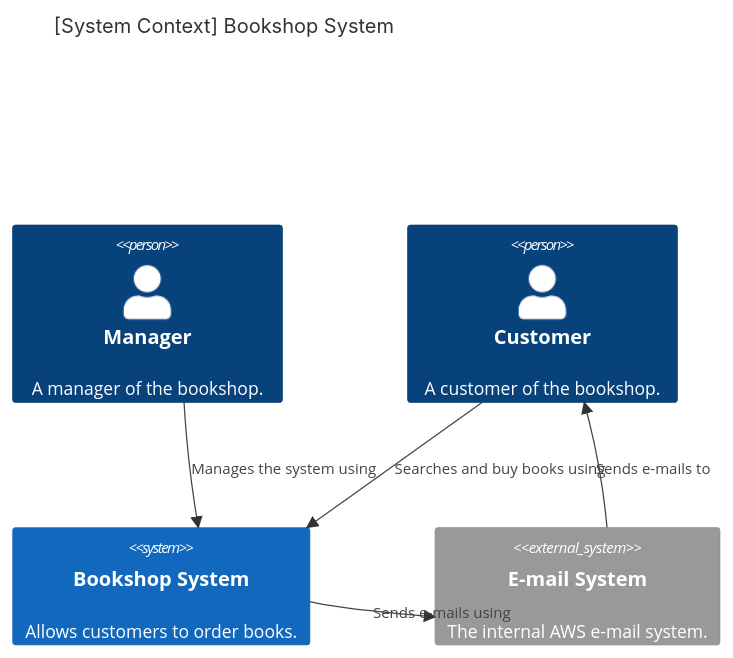
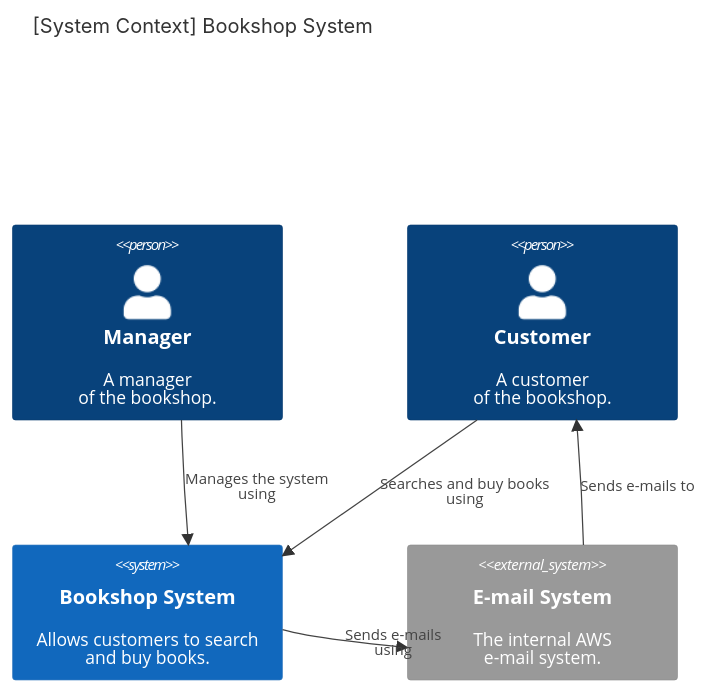
Before and after one commit to mikelgoig/php-microservice-example: the diagram in docs/architecture/architecture-diagrams.md, drawn with Mermaid. The commit also changed 19 other files, not shown here.

Commit message:
docs: rename and update bounded contexts and diagrams

````diff
--- a/docs/architecture/architecture-diagrams.md
+++ b/docs/architecture/architecture-diagrams.md
@@ -5,17 +5,13 @@
 ```mermaid
 C4Context
     title [System Context] Bookshop System
-    
-    Person(manager, "Manager", "A manager of the bookshop.")
-    Person(customer, "Customer", "A customer of the bookshop.")
-    
-    System(bookshopSystem, "Bookshop System", "Allows customers to order books.")
-    System_Ext(emailSystem, "E-mail System", "The internal AWS e-mail system.")
-
-    Rel(customer, bookshopSystem, "Searches and buy books using")
-    Rel(manager, bookshopSystem, "Manages the system using")
-    Rel(bookshopSystem, emailSystem, "Sends e-mails using")
+    Person(manager, "Manager", "A manager<br>of the bookshop.")
+    Person(customer, "Customer", "A customer<br>of the bookshop.")
+    System(bookshopSystem, "Bookshop System", "Allows customers to search<br>and buy books.")
+    System_Ext(emailSystem, "E-mail System", "The internal AWS<br>e-mail system.")
+    Rel(customer, bookshopSystem, "Searches and buy books<br>using")
+    Rel(manager, bookshopSystem, "Manages the system<br>using")
+    Rel(bookshopSystem, emailSystem, "Sends e-mails<br>using")
     Rel(emailSystem, customer, "Sends e-mails to")
-
     UpdateLayoutConfig($c4ShapeInRow="2", $c4BoundaryInRow="1")
 ```
````
